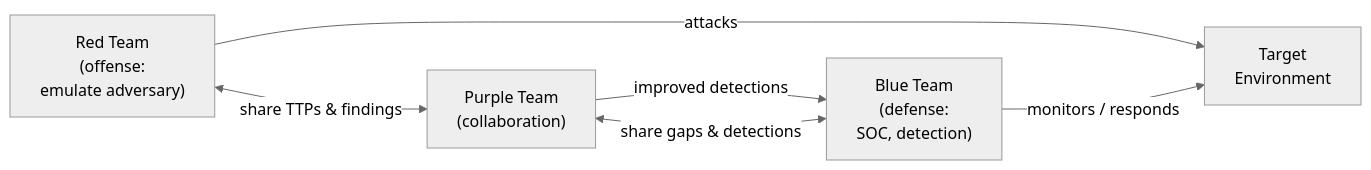
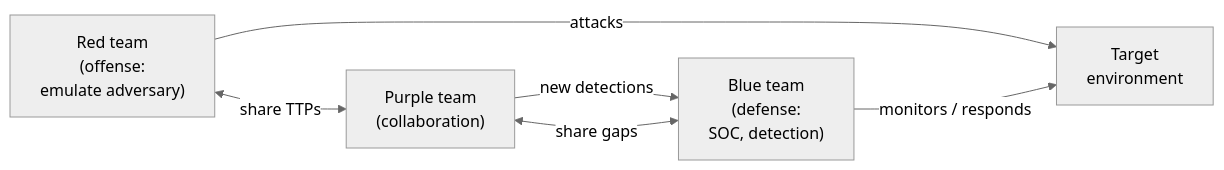
One commit to AndrewAltimit/Documentation changed the fourth of 4 diagrams in github-pages/docs/technology/cybersecurity/security-operations.md. Above: the diagram before and after it, drawn with Mermaid (neutral theme). The commit also changed other lines of this file and 240 other files, not shown here.

````diff
--- a/github-pages/docs/technology/cybersecurity/security-operations.md
+++ b/github-pages/docs/technology/cybersecurity/security-operations.md
@@ -303,8 +266,8 @@
 ```mermaid
 flowchart LR
-    R["Red Team<br/>(offense:<br/>emulate adversary)"] -->|attacks| T["Target<br/>Environment"]
-    B["Blue Team<br/>(defense:<br/>SOC, detection)"] -->|monitors / responds| T
-    R <-->|share TTPs &amp; findings| P["Purple Team<br/>(collaboration)"]
-    B <-->|share gaps &amp; detections| P
-    P -->|improved detections| B
+    R["Red team<br/>(offense:<br/>emulate adversary)"] -->|attacks| T["Target<br/>environment"]
+    B["Blue team<br/>(defense:<br/>SOC, detection)"] -->|monitors / responds| T
+    R <-->|share TTPs| P["Purple team<br/>(collaboration)"]
+    B <-->|share gaps| P
+    P -->|new detections| B
 ```
````
